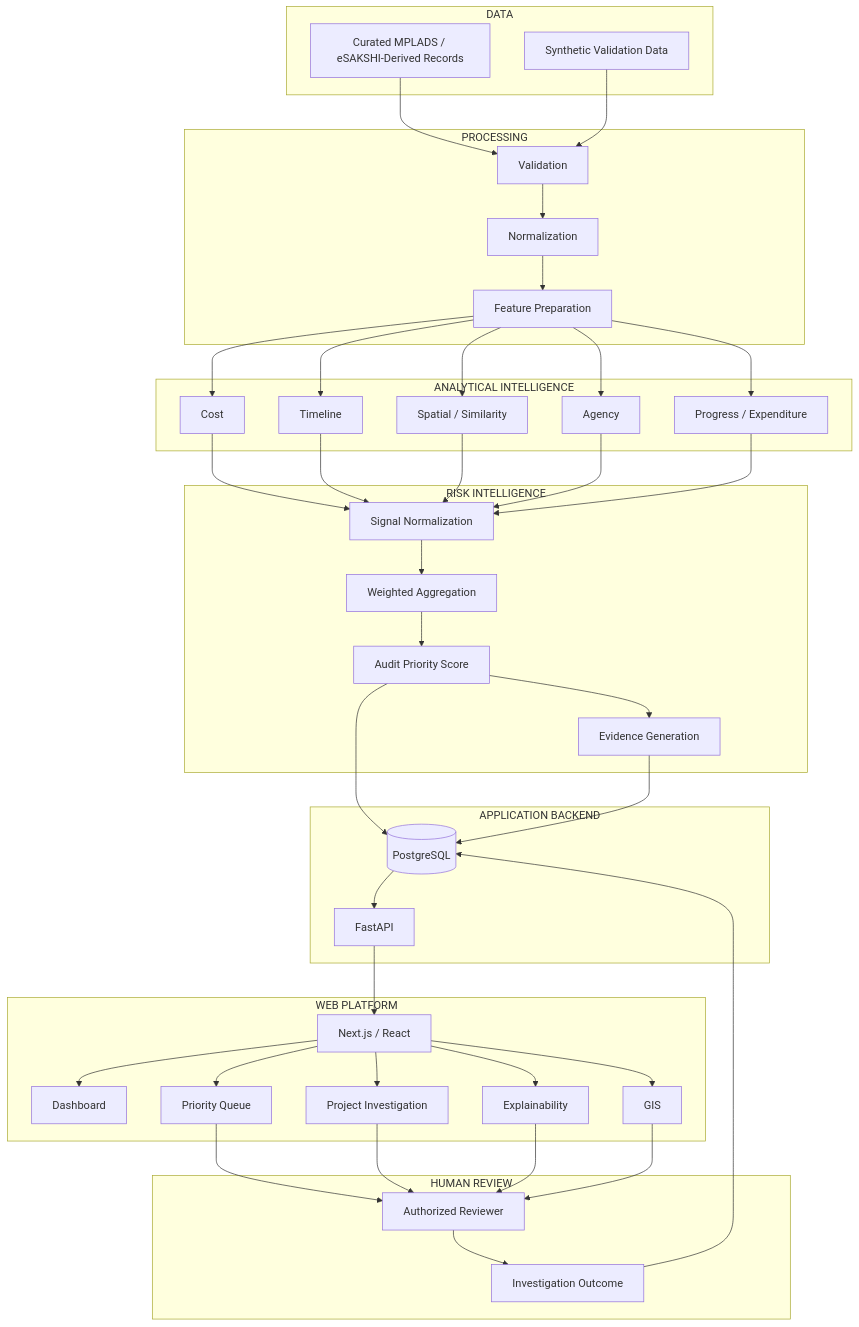
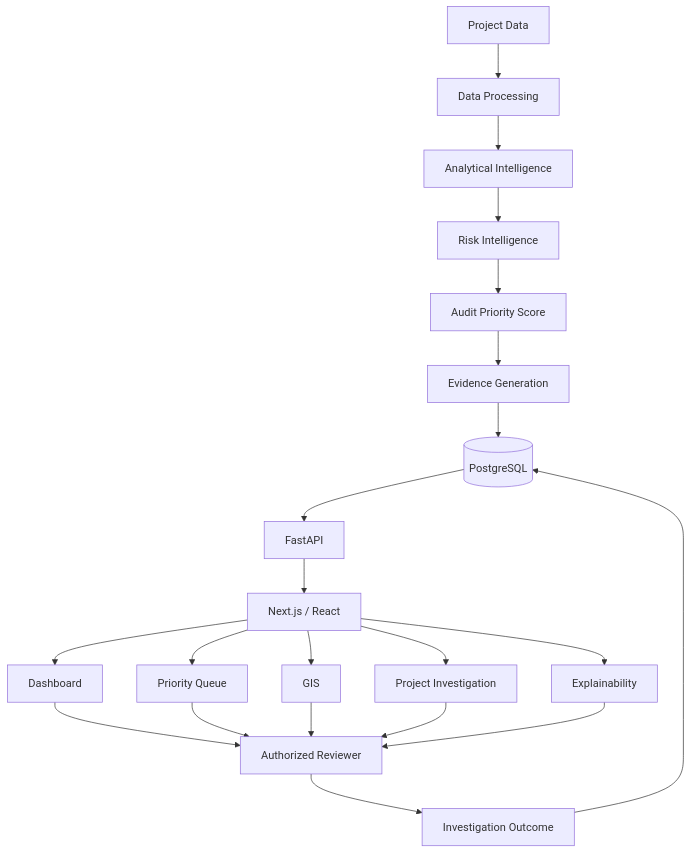
One commit to the-nidhi-bhat/mplads-sentinel changed diagram 11 of 17 in README.md. Above: the diagram before and after it, drawn with Mermaid. The commit also changed other lines of this file, not shown here.

````diff
--- a/README.md
+++ b/README.md
@@ -395,88 +392,28 @@
 ```mermaid
 flowchart TB
-    subgraph DATA["DATA"]
-        D1["Curated MPLADS / eSAKSHI-Derived Records"]
-        D2["Synthetic Validation Data"]
-    end
+    D["Project Data"] --> P["Data Processing"]
+    P --> A["Analytical Intelligence"]
+    A --> R["Risk Intelligence"]
+    R --> S["Audit Priority Score"]
+    S --> E["Evidence Generation"]
 
-    subgraph PROCESS["PROCESSING"]
-        P1["Validation"]
-        P2["Normalization"]
-        P3["Feature Preparation"]
-    end
+    E --> DB[("PostgreSQL")]
 
-    subgraph ANALYTICS["ANALYTICAL INTELLIGENCE"]
-        A1["Cost"]
-        A2["Timeline"]
-        A3["Spatial / Similarity"]
-        A4["Agency"]
-        A5["Progress / Expenditure"]
-    end
+    DB --> API["FastAPI"]
+    API --> WEB["Next.js / React"]
 
-    subgraph RISK["RISK INTELLIGENCE"]
-        R1["Signal Normalization"]
-        R2["Weighted Aggregation"]
-        R3["Audit Priority Score"]
-        R4["Evidence Generation"]
-    end
+    WEB --> DASH["Dashboard"]
+    WEB --> QUEUE["Priority Queue"]
+    WEB --> MAP["GIS"]
+    WEB --> PROJECT["Project Investigation"]
+    WEB --> EXPLAIN["Explainability"]
 
-    subgraph BACKEND["APPLICATION BACKEND"]
-        API["FastAPI"]
-        DB[("PostgreSQL")]
-    end
-
-    subgraph FRONTEND["WEB PLATFORM"]
-        WEB["Next.js / React"]
-        DASH["Dashboard"]
-        QUEUE["Priority Queue"]
-        MAP["GIS"]
-        PROJECT["Project Investigation"]
-        EXPLAIN["Explainability"]
-    end
-
-    subgraph HUMAN["HUMAN REVIEW"]
-        REVIEW["Authorized Reviewer"]
-        OUTCOME["Investigation Outcome"]
-    end
-
-    D1 --> P1
-    D2 --> P1
-    P1 --> P2
-    P2 --> P3
-
-    P3 --> A1
-    P3 --> A2
-    P3 --> A3
-    P3 --> A4
-    P3 --> A5
-
-    A1 --> R1
-    A2 --> R1
-    A3 --> R1
-    A4 --> R1
-    A5 --> R1
-
-    R1 --> R2
-    R2 --> R3
-    R3 --> R4
-
-    R3 --> DB
-    R4 --> DB
-
-    DB --> API
-    API --> WEB
-
-    WEB --> DASH
-    WEB --> QUEUE
-    WEB --> MAP
-    WEB --> PROJECT
-    WEB --> EXPLAIN
-
+    DASH --> REVIEW["Authorized Reviewer"]
     QUEUE --> REVIEW
+    MAP --> REVIEW
     PROJECT --> REVIEW
     EXPLAIN --> REVIEW
-    MAP --> REVIEW
 
-    REVIEW --> OUTCOME
+    REVIEW --> OUTCOME["Investigation Outcome"]
     OUTCOME --> DB
 ```
````
